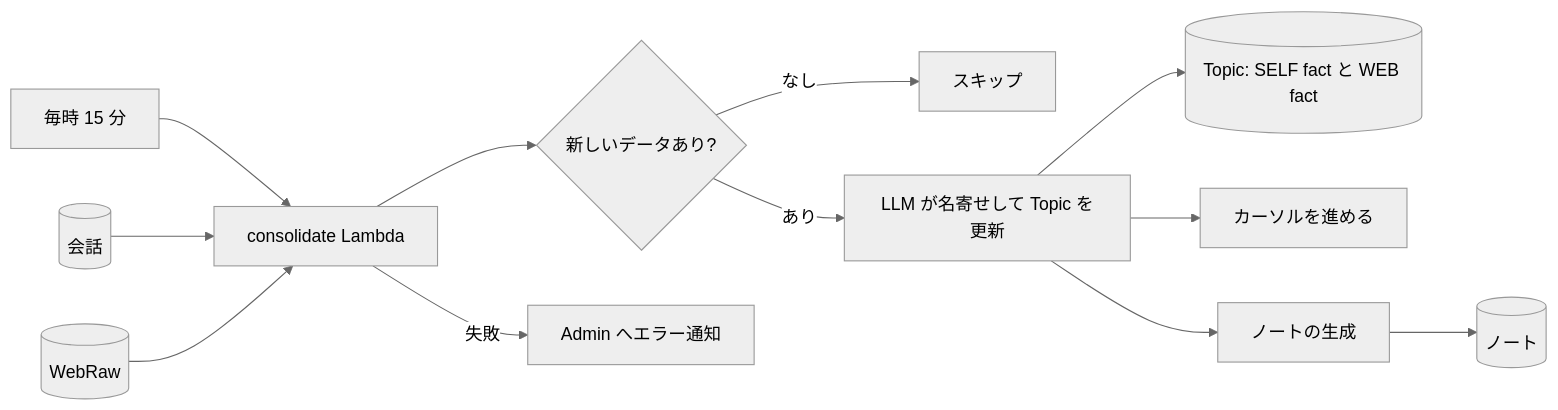
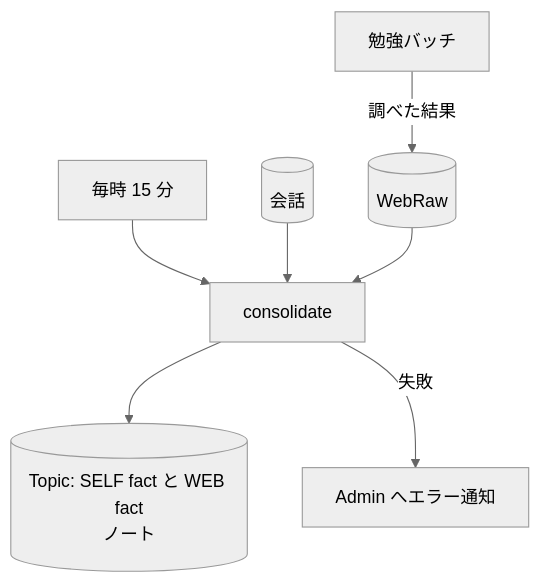
The third of 3 diagrams in docs/specs/livetalk/batch/consolidate-conversations.md (nagiyu/nagiyu-platform), drawn with Mermaid (neutral theme) before and after one commit. The commit also changed other lines of this file and 6 other files, not shown here.

First line of the commit message:
仕様カードの処理をフロー図にし、末尾の図をつながりに変える

````diff
--- a/docs/specs/livetalk/batch/consolidate-conversations.md
+++ b/docs/specs/livetalk/batch/consolidate-conversations.md
@@ -87,14 +116,9 @@
 ```mermaid
-flowchart LR
-    EB["毎時 15 分"] --> L["consolidate Lambda"]
-    M[("会話")] --> L
-    R[("WebRaw")] --> L
-    L --> U{"新しいデータあり?"}
-    U -->|"なし"| S["スキップ"]
-    U -->|"あり"| T["LLM が名寄せして Topic を更新"]
-    T --> F[("Topic: SELF fact と WEB fact")]
-    T --> C["カーソルを進める"]
-    T --> N["ノートの生成"]
-    N --> NT[("ノート")]
-    L -->|"失敗"| A["Admin へエラー通知"]
+flowchart TD
+    EB[毎時 15 分] --> L[consolidate]
+    IN[(会話)] --> L
+    AQ[勉強バッチ] -->|調べた結果| R[(WebRaw)]
+    R --> L
+    L --> T[(Topic: SELF fact と WEB fact<br/>ノート)]
+    L -->|失敗| A[Admin へエラー通知]
 ```
````
